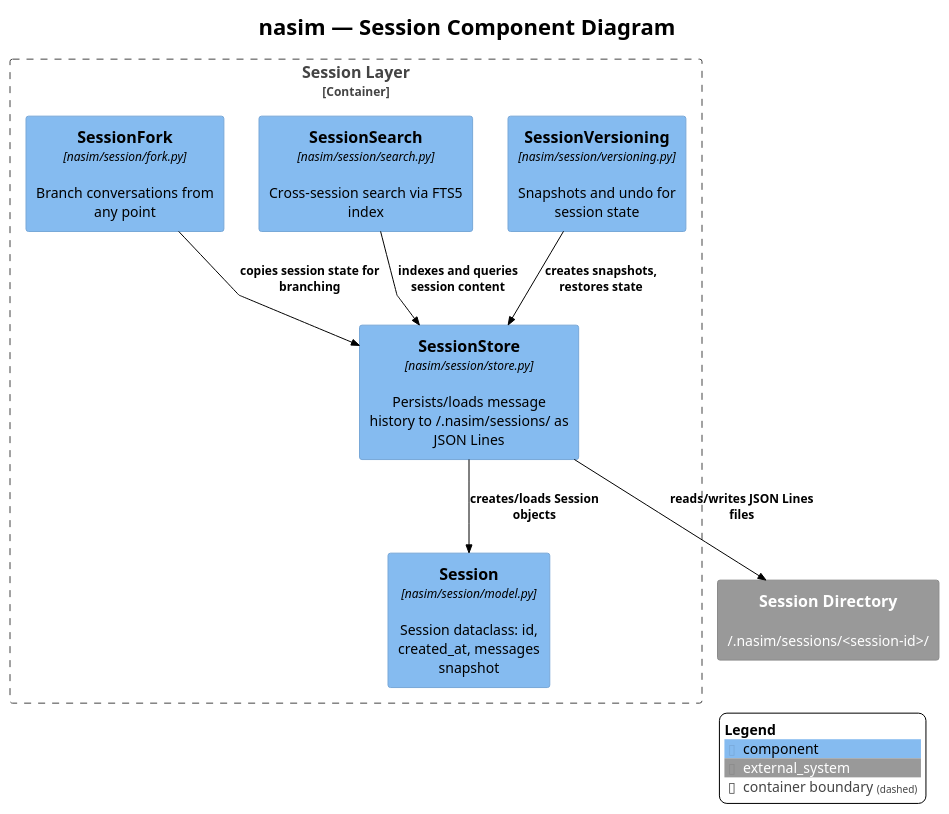
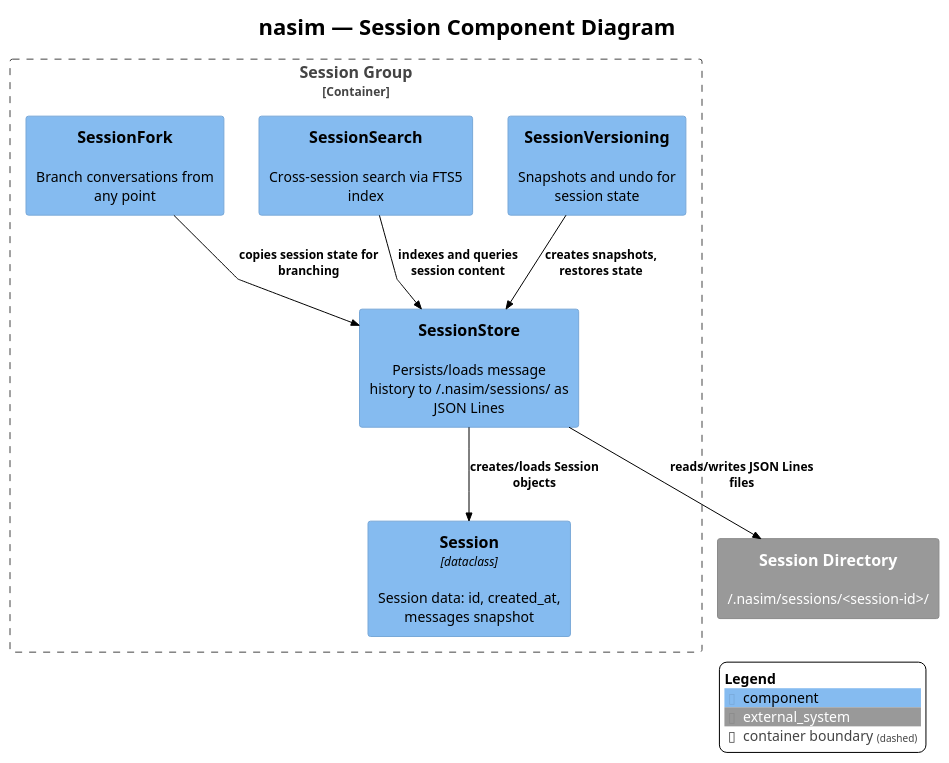
Before and after one commit to salimnamvar/nasim: the diagram in docs/C4/c4_nasim_component_session.puml, drawn with PlantUML. The commit also changed 22 other files, not shown here.

First line of the commit message:
refactor: Normalize C4 architecture and enhance component diagrams

```diff
--- a/docs/C4/c4_nasim_component_session.puml
+++ b/docs/C4/c4_nasim_component_session.puml
@@ -1,33 +1,33 @@
 !include https://raw.githubusercontent.com/plantuml-stdlib/C4-PlantUML/v2.10.0/C4_Component.puml
 !theme plain
 skinparam linetype polyline
 
 ' ============================================================
 ' Title:     nasim — Session Component Diagram
-' Boundary:  nasim code agent
+' Boundary:  nasim core library — Session group
 ' Purpose:   Session layer internal components
 ' Milestone: v1.0
-' Version:   4.0.0
-' Source:    docs/audit/audit.2026.06.20.comprehensive.reference.audit.md
+' Version:   5.0.0
+' Source:    docs/prompt/p1.md — corrective architecture review
 ' Review:    docs/audit/audit.2026.06.20.comprehensive.reference.audit.md
 ' ============================================================
 
 title nasim — Session Component Diagram
 
-Container_Boundary(session_boundary, "Session Layer") {
-    Component(session_store, "SessionStore", "nasim/session/store.py", "Persists/loads message history to ~/.nasim/sessions/ as JSON Lines")
-    Component(session_model, "Session", "nasim/session/model.py", "Session dataclass: id, created_at, messages snapshot")
-    Component(session_versioning, "SessionVersioning", "nasim/session/versioning.py", "Snapshots and undo for session state")
-    Component(session_search, "SessionSearch", "nasim/session/search.py", "Cross-session search via FTS5 index")
-    Component(session_fork, "SessionFork", "nasim/session/fork.py", "Branch conversations from any point")
+Container_Boundary(session_boundary, "Session Group") {
+    Component(session_store, "SessionStore", "", "Persists/loads message history to ~/.nasim/sessions/ as JSON Lines")
+    Component(session_model, "Session", "dataclass", "Session data: id, created_at, messages snapshot")
+    Component(session_versioning, "SessionVersioning", "", "Snapshots and undo for session state")
+    Component(session_search, "SessionSearch", "", "Cross-session search via FTS5 index")
+    Component(session_fork, "SessionFork", "", "Branch conversations from any point")
 }
 
 System_Ext(session_dir, "Session Directory", "~/.nasim/sessions/<session-id>/")
 
 Rel(session_store, session_model, "creates/loads Session objects")
 Rel(session_store, session_dir, "reads/writes JSON Lines files")
 Rel(session_versioning, session_store, "creates snapshots, restores state")
 Rel(session_search, session_store, "indexes and queries session content")
 Rel(session_fork, session_store, "copies session state for branching")
 
 SHOW_LEGEND()
```
